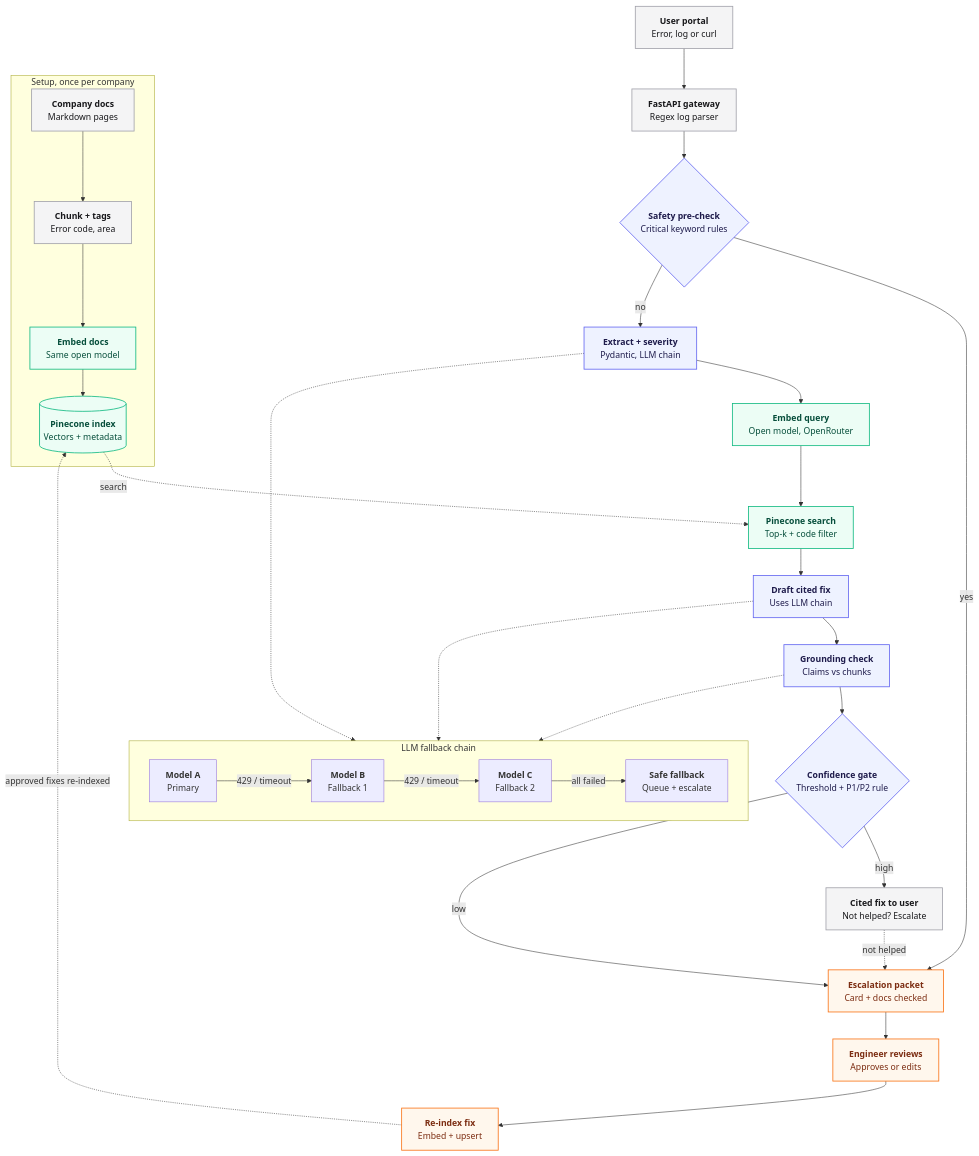
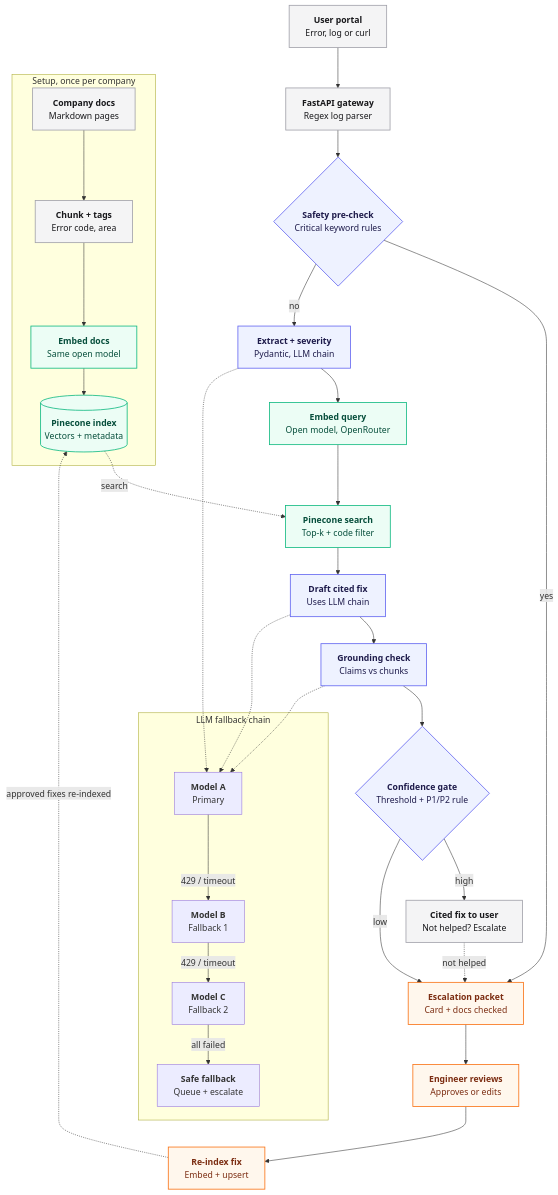
Before and after one commit to Jawad-Emre/DevTriage-Agent: the diagram in README.md, drawn with Mermaid. The commit also changed other lines of this file and 1 other file, not shown here.

Commit message:
Fix mermaid syntax, update repo to DevTriage-Agent, and add display cell to r.ipynb

````diff
--- a/README.md
+++ b/README.md
@@ -23,56 +23,56 @@
 ```mermaid
 flowchart TD
     classDef agent fill:#EEF2FF,stroke:#6366F1,stroke-width:1.5px,color:#1E1B4B;
     classDef external fill:#ECFDF5,stroke:#10B981,stroke-width:1.5px,color:#064E3B;
     classDef human fill:#FFF7ED,stroke:#F97316,stroke-width:1.5px,color:#7C2D12;
     classDef ui fill:#F4F4F5,stroke:#A1A1AA,stroke-width:1.5px,color:#18181B;
 
     subgraph SETUP ["Setup, once per company"]
         D1["<b>Company docs</b><br/>Markdown pages"]:::ui
         D2["<b>Chunk + tags</b><br/>Error code, area"]:::ui
         D3["<b>Embed docs</b><br/>Same open model"]:::external
         D4[("<b>Pinecone index</b><br/>Vectors + metadata")]:::external
         D1 --> D2 --> D3 --> D4
     end
 
     U["<b>User portal</b><br/>Error, log or curl"]:::ui
     GW["<b>FastAPI gateway</b><br/>Regex log parser"]:::ui
     SP{"<b>Safety pre-check</b><br/>Critical keyword rules"}:::agent
     EXT["<b>Extract + severity</b><br/>Pydantic, LLM chain"]:::agent
     EQ["<b>Embed query</b><br/>Open model, OpenRouter"]:::external
     PS["<b>Pinecone search</b><br/>Top-k + code filter"]:::external
     DF["<b>Draft cited fix</b><br/>Uses LLM chain"]:::agent
     GC["<b>Grounding check</b><br/>Claims vs chunks"]:::agent
     CG{"<b>Confidence gate</b><br/>Threshold + P1/P2 rule"}:::agent
     ANS["<b>Cited fix to user</b><br/>Not helped? Escalate"]:::ui
 
     subgraph LLM_CHAIN ["LLM fallback chain"]
         MA["<b>Model A</b><br/>Primary"]
         MB["<b>Model B</b><br/>Fallback 1"]
         MC["<b>Model C</b><br/>Fallback 2"]
         MSAFE["<b>Safe fallback</b><br/>Queue + escalate"]
-        MA -- "429 / timeout" --> MB
-        MB -- "429 / timeout" --> MC
-        MC -- "all failed" --> MSAFE
+        MA -->|429 / timeout| MB
+        MB -->|429 / timeout| MC
+        MC -->|all failed| MSAFE
     end
 
     ESC["<b>Escalation packet</b><br/>Card + docs checked"]:::human
     REV["<b>Engineer reviews</b><br/>Approves or edits"]:::human
     REIDX["<b>Re-index fix</b><br/>Embed + upsert"]:::human
 
     U --> GW --> SP
-    SP -- "yes" --> ESC
-    SP -- "no" --> EXT
+    SP -->|yes| ESC
+    SP -->|no| EXT
     EXT --> EQ --> PS
-    D4 -. "search" .-> PS
+    D4 -.->|search| PS
     PS --> DF --> GC --> CG
-    CG -- "high" --> ANS
-    CG -- "low" --> ESC
-    ANS -. "not helped" .-> ESC
+    CG -->|high| ANS
+    CG -->|low| ESC
+    ANS -.->|not helped| ESC
     ESC --> REV --> REIDX
-    REIDX -. "approved fixes re-indexed" .-> D4
+    REIDX -.->|approved fixes re-indexed| D4
 
-    EXT -.-> LLM_CHAIN
-    DF -.-> LLM_CHAIN
-    GC -.-> LLM_CHAIN
+    EXT -.-> MA
+    DF -.-> MA
+    GC -.-> MA
 ```
````
